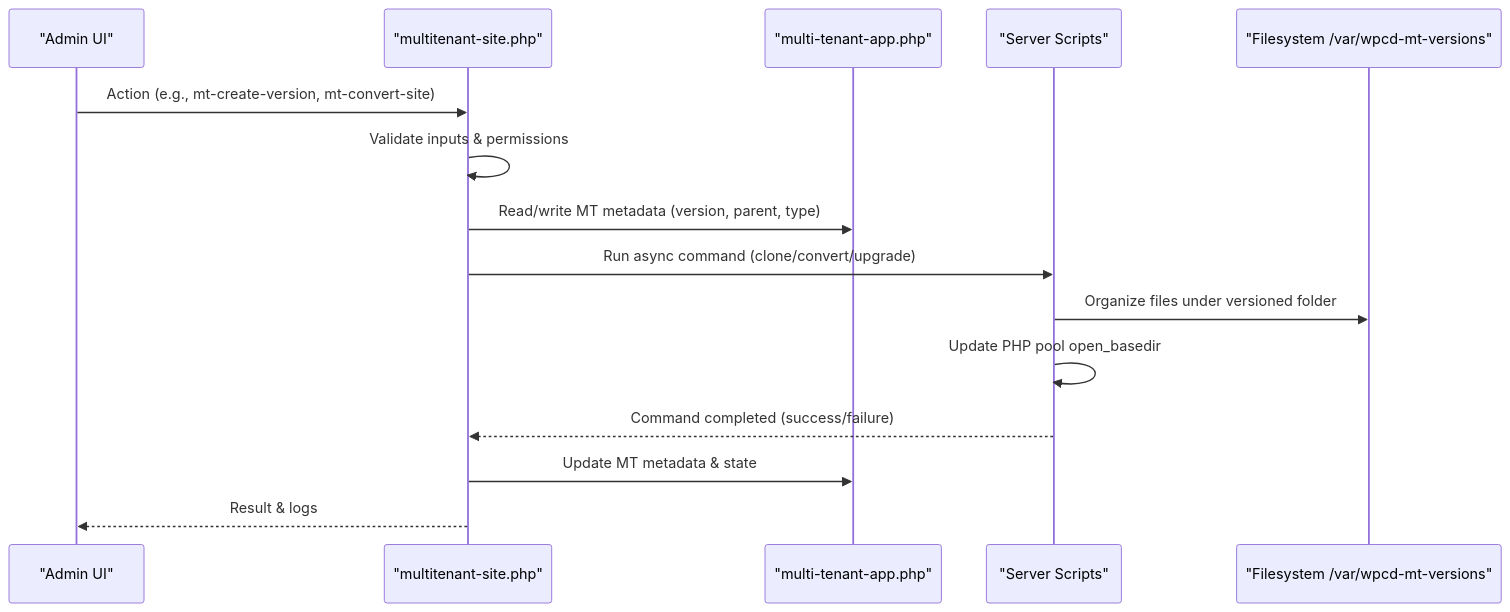
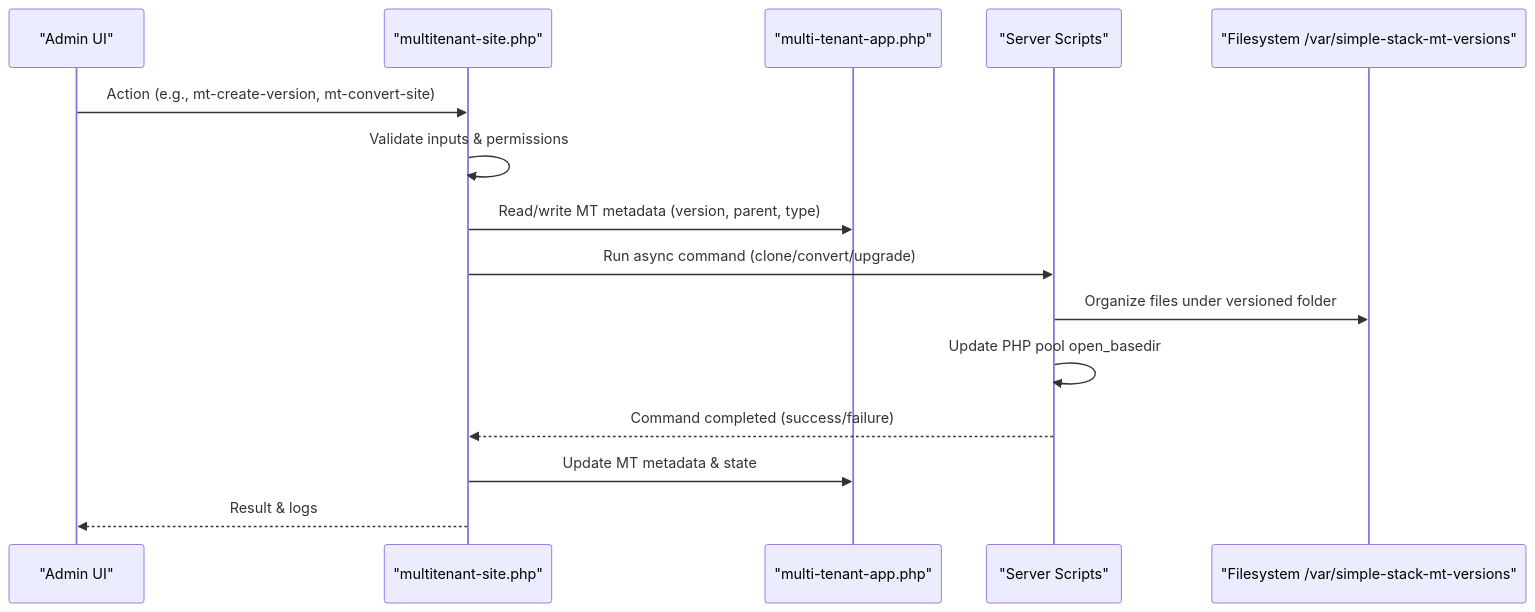
The second of 7 diagrams in .qoder/repowiki/en/content/WordPress Application Engine/Customization & Extension Points/Multi-Tenant Architecture & Site Isolation.md (onedogsolutions/simple-stack), drawn with Mermaid before and after one commit. The commit also changed other lines of this file and 5941 other files, not shown here.

First line of the commit message:
refactor(core): rebrand WPCloudDeploy to Simple Stack with new namespaces and prefixes

````diff
--- a/.qoder/repowiki/en/content/WordPress Application Engine/Customization & Extension Points/Multi-Tenant Architecture & Site Isolation.md
+++ b/.qoder/repowiki/en/content/WordPress Application Engine/Customization & Extension Points/Multi-Tenant Architecture & Site Isolation.md
@@ -85,17 +85,17 @@
 ```mermaid
 sequenceDiagram
 participant Admin as "Admin UI"
 participant Tab as "multitenant-site.php"
 participant Trait as "multi-tenant-app.php"
 participant Server as "Server Scripts"
-participant FS as "Filesystem /var/wpcd-mt-versions"
+participant FS as "Filesystem /var/simple-stack-mt-versions"
 Admin->>Tab : Action (e.g., mt-create-version, mt-convert-site)
 Tab->>Tab : Validate inputs & permissions
 Tab->>Trait : Read/write MT metadata (version, parent, type)
 Tab->>Server : Run async command (clone/convert/upgrade)
 Server->>FS : Organize files under versioned folder
 Server->>Server : Update PHP pool open_basedir
 Server-->>Tab : Command completed (success/failure)
 Tab->>Trait : Update MT metadata & state
 Tab-->>Admin : Result & logs
 ```
````
